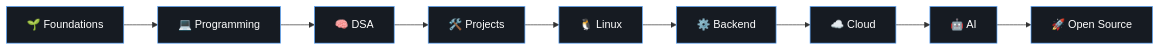
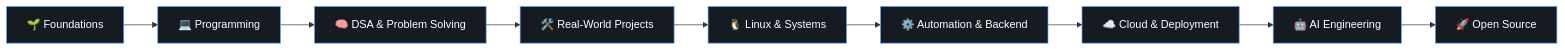
Before and after one commit to shabi-2-2/shabi-2-2: the diagram in README.md, drawn with Mermaid. The commit also changed other lines of this file, not shown here.

````diff
--- a/README.md
+++ b/README.md
@@ -11,21 +23,21 @@
 ```mermaid
 flowchart LR
     A["🌱 Foundations"] --> B["💻 Programming"]
-    B --> C["🧠 DSA"]
-    C --> D["🛠️ Projects"]
-    D --> E["🐧 Linux"]
-    E --> F["⚙️ Backend"]
-    F --> G["☁️ Cloud"]
-    G --> H["🤖 AI"]
+    B --> C["🧠 DSA & Problem Solving"]
+    C --> D["🛠️ Real-World Projects"]
+    D --> E["🐧 Linux & Systems"]
+    E --> F["⚙️ Automation & Backend"]
+    F --> G["☁️ Cloud & Deployment"]
+    G --> H["🤖 AI Engineering"]
     H --> I["🚀 Open Source"]
 
     style A fill:#161b22,stroke:#58a6ff,color:#fff
     style B fill:#161b22,stroke:#58a6ff,color:#fff
     style C fill:#161b22,stroke:#58a6ff,color:#fff
     style D fill:#161b22,stroke:#58a6ff,color:#fff
     style E fill:#161b22,stroke:#58a6ff,color:#fff
     style F fill:#161b22,stroke:#58a6ff,color:#fff
     style G fill:#161b22,stroke:#58a6ff,color:#fff
     style H fill:#161b22,stroke:#58a6ff,color:#fff
     style I fill:#161b22,stroke:#58a6ff,color:#fff
 ```
````
